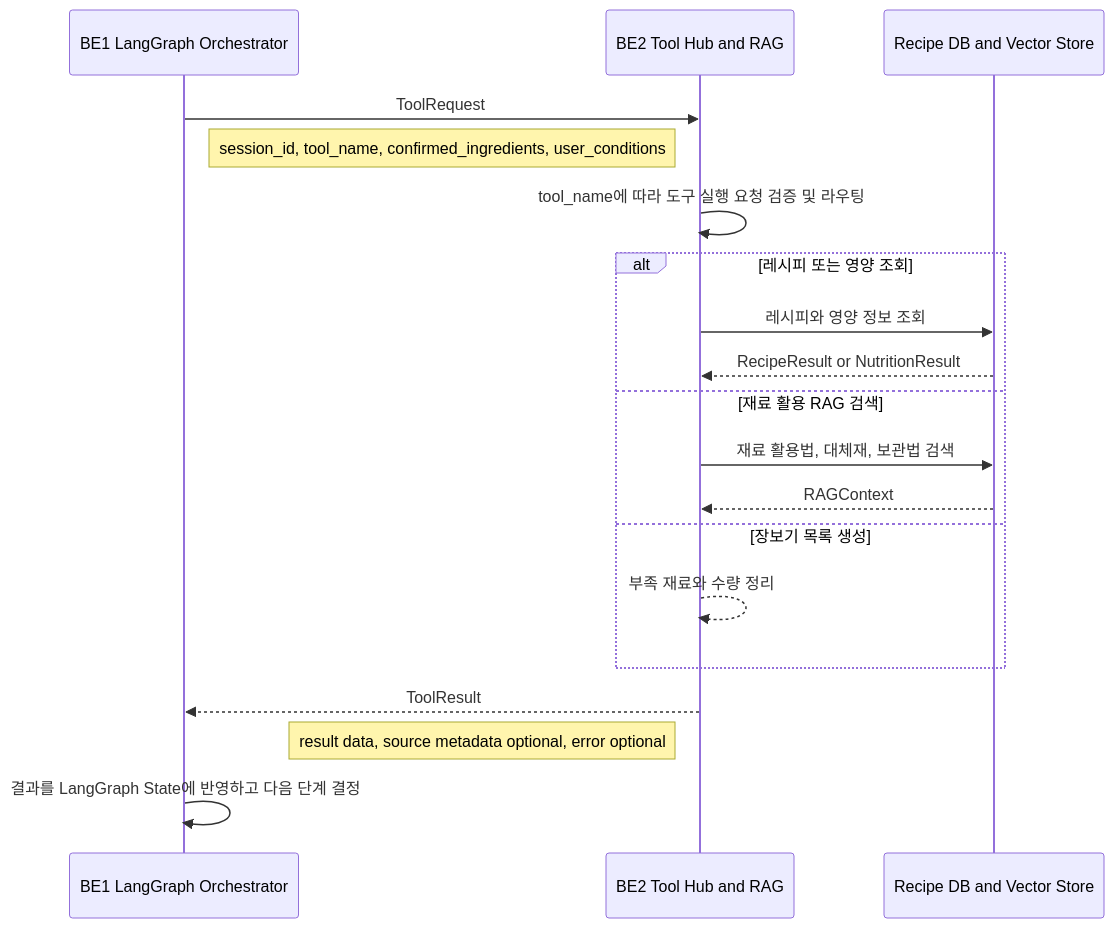
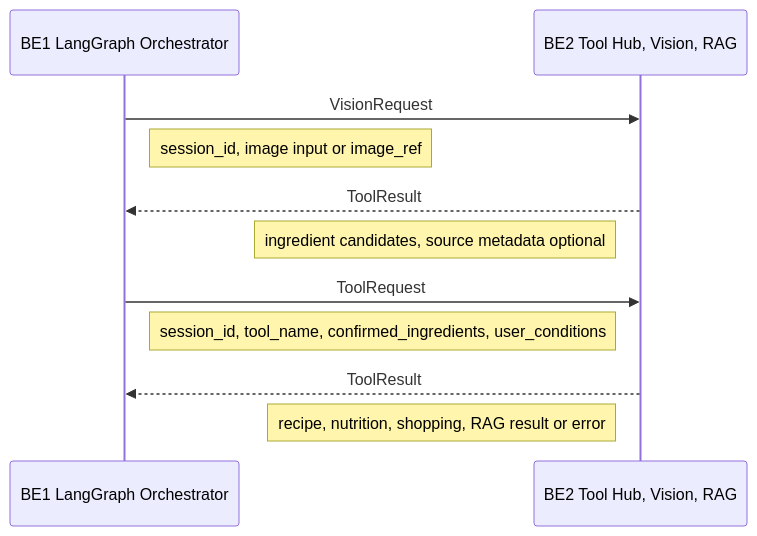
Before and after one commit to DongJunee/2026_aio2_p2_PlanEat_Backend: the second of 3 diagrams in docs/data-flow.md, drawn with Mermaid. The commit also changed other lines of this file, not shown here.

````diff
--- a/docs/data-flow.md
+++ b/docs/data-flow.md
@@ -55,24 +48,15 @@
 ```mermaid
 sequenceDiagram
     participant BE1 as BE1 LangGraph Orchestrator
-    participant BE2 as BE2 Tool Hub and RAG
-    participant Store as Recipe DB and Vector Store
+    participant BE2 as BE2 Tool Hub, Vision, RAG
+
+    BE1->>BE2: VisionRequest
+    Note right of BE1: session_id, image input or image_ref
+    BE2-->>BE1: ToolResult
+    Note left of BE2: ingredient candidates, source metadata optional
 
     BE1->>BE2: ToolRequest
     Note right of BE1: session_id, tool_name, confirmed_ingredients, user_conditions
-    BE2->>BE2: tool_name에 따라 도구 실행 요청 검증 및 라우팅
-
-    alt 레시피 또는 영양 조회
-        BE2->>Store: 레시피와 영양 정보 조회
-        Store-->>BE2: RecipeResult or NutritionResult
-    else 재료 활용 RAG 검색
-        BE2->>Store: 재료 활용법, 대체재, 보관법 검색
-        Store-->>BE2: RAGContext
-    else 장보기 목록 생성
-        BE2-->>BE2: 부족 재료와 수량 정리
-    end
-
     BE2-->>BE1: ToolResult
-    Note left of BE2: result data, source metadata optional, error optional
-    BE1->>BE1: 결과를 LangGraph State에 반영하고 다음 단계 결정
+    Note left of BE2: recipe, nutrition, shopping, RAG result or error
 ```
````
